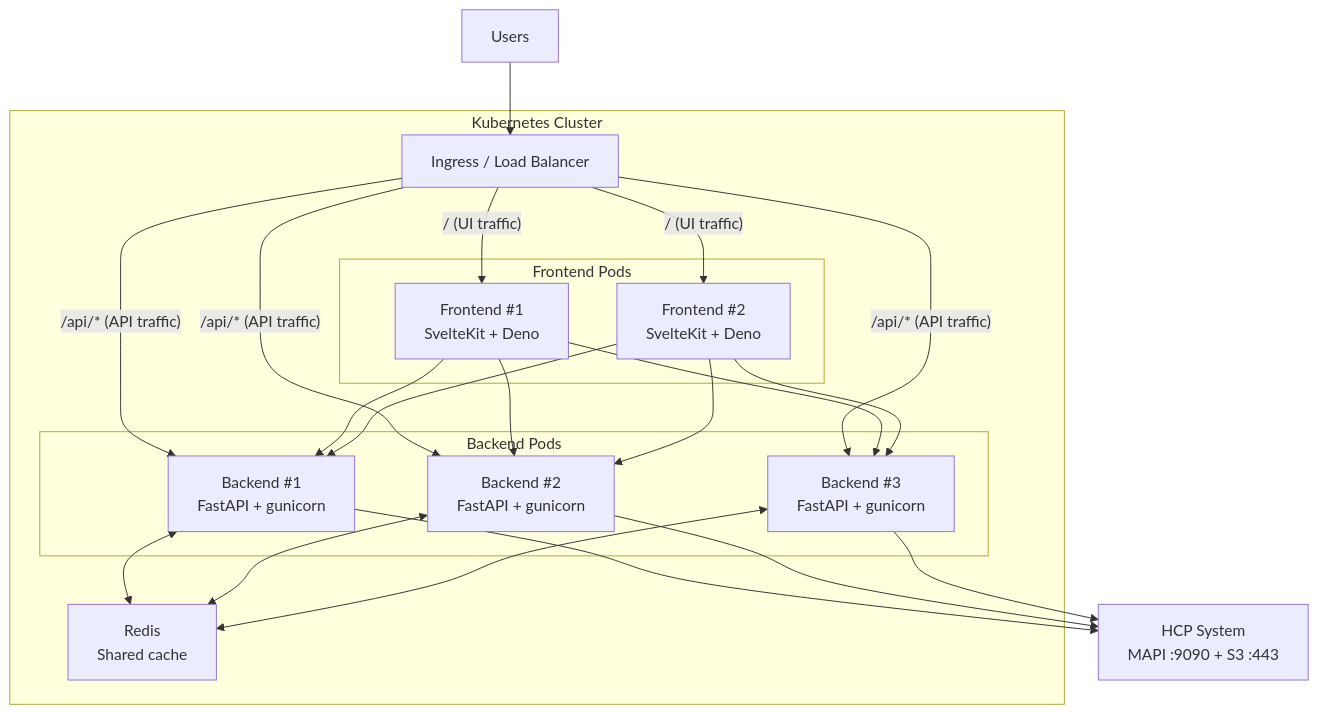
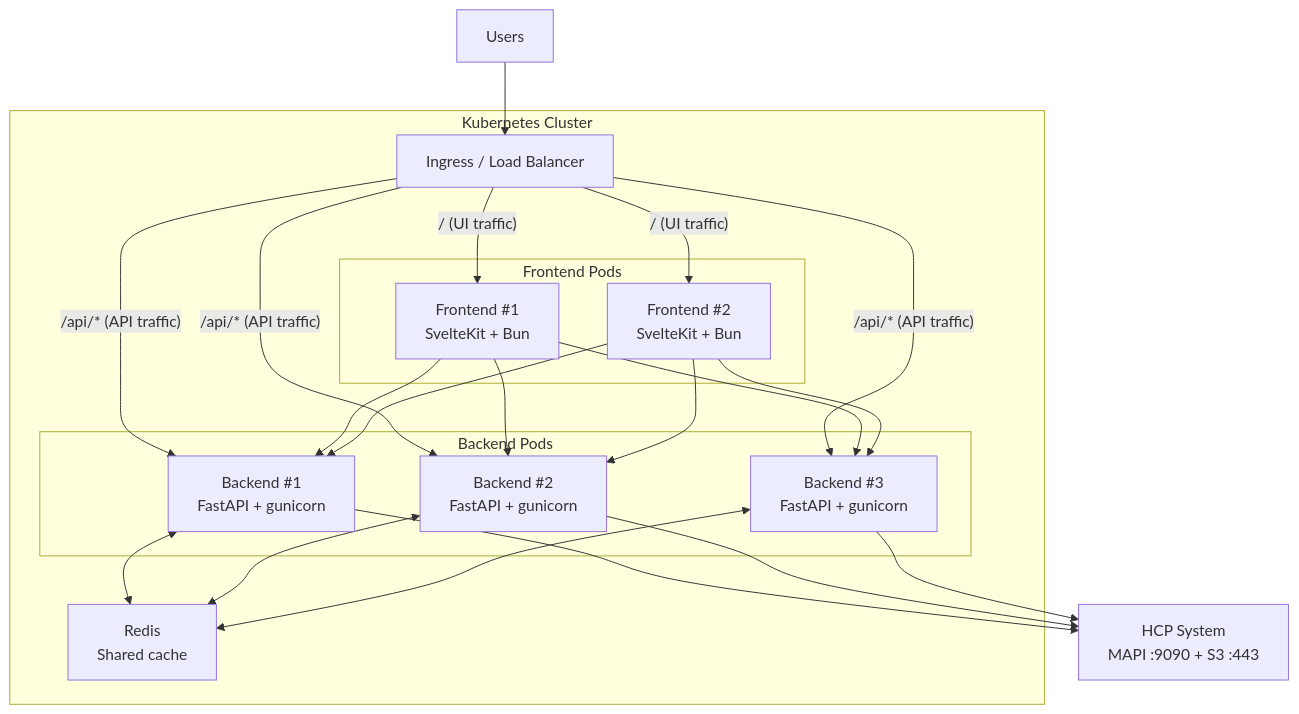
One commit to AI-Riksarkivet/ra-hcp changed the second of 3 diagrams in docs/architecture/deployment.md. Above: the diagram before and after it, drawn with Mermaid. The commit also changed other lines of this file and 63 other files, not shown here.

````diff
--- a/docs/architecture/deployment.md
+++ b/docs/architecture/deployment.md
@@ -98,34 +161,34 @@
 ```mermaid
 graph TB
     USERS["Users"]
 
     subgraph "Kubernetes Cluster"
         ING["Ingress / Load Balancer"]
 
         subgraph "Frontend Pods"
-            FE1["Frontend #1<br/>SvelteKit + Deno"]
-            FE2["Frontend #2<br/>SvelteKit + Deno"]
+            FE1["Frontend #1<br/>SvelteKit + Bun"]
+            FE2["Frontend #2<br/>SvelteKit + Bun"]
         end
 
         subgraph "Backend Pods"
             BE1["Backend #1<br/>FastAPI + gunicorn"]
             BE2["Backend #2<br/>FastAPI + gunicorn"]
             BE3["Backend #3<br/>FastAPI + gunicorn"]
         end
 
         REDIS["Redis<br/>Shared cache"]
     end
 
     HCP["HCP System<br/>MAPI :9090 + S3 :443"]
 
     USERS --> ING
     ING -->|"/ (UI traffic)"| FE1
     ING -->|"/ (UI traffic)"| FE2
     ING -->|"/api/* (API traffic)"| BE1
     ING -->|"/api/* (API traffic)"| BE2
     ING -->|"/api/* (API traffic)"| BE3
 
     FE1 & FE2 --> BE1 & BE2 & BE3
     BE1 & BE2 & BE3 <--> REDIS
     BE1 & BE2 & BE3 --> HCP
 ```
````
